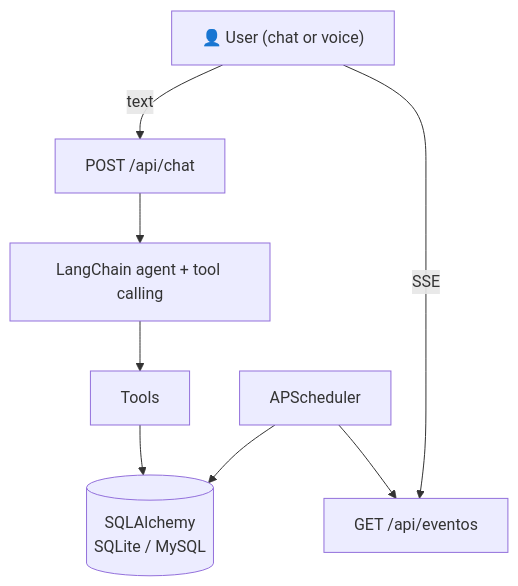
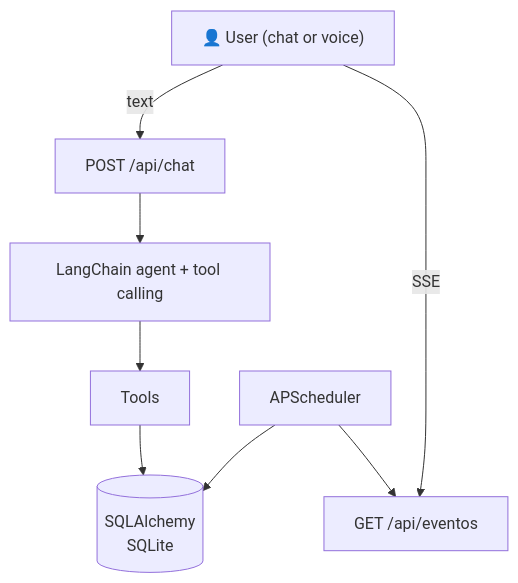
The diagram in README.md (abyssace/Trackr), drawn with Mermaid before and after one commit. The commit also changed other lines of this file and 19 other files, not shown here.

````diff
--- a/README.md
+++ b/README.md
@@ -29,11 +29,11 @@
 ```mermaid
 flowchart TD
     U["👤 User (chat or voice)"]
     U -->|text| C["POST /api/chat"]
     U -->|SSE| E["GET /api/eventos"]
     C --> A["LangChain agent + tool calling"]
     A --> T["Tools"]
-    T --> D[("SQLAlchemy<br/>SQLite / MySQL")]
+    T --> D[("SQLAlchemy<br/>SQLite")]
     S["APScheduler"] --> D
     S --> E
 ```
````
